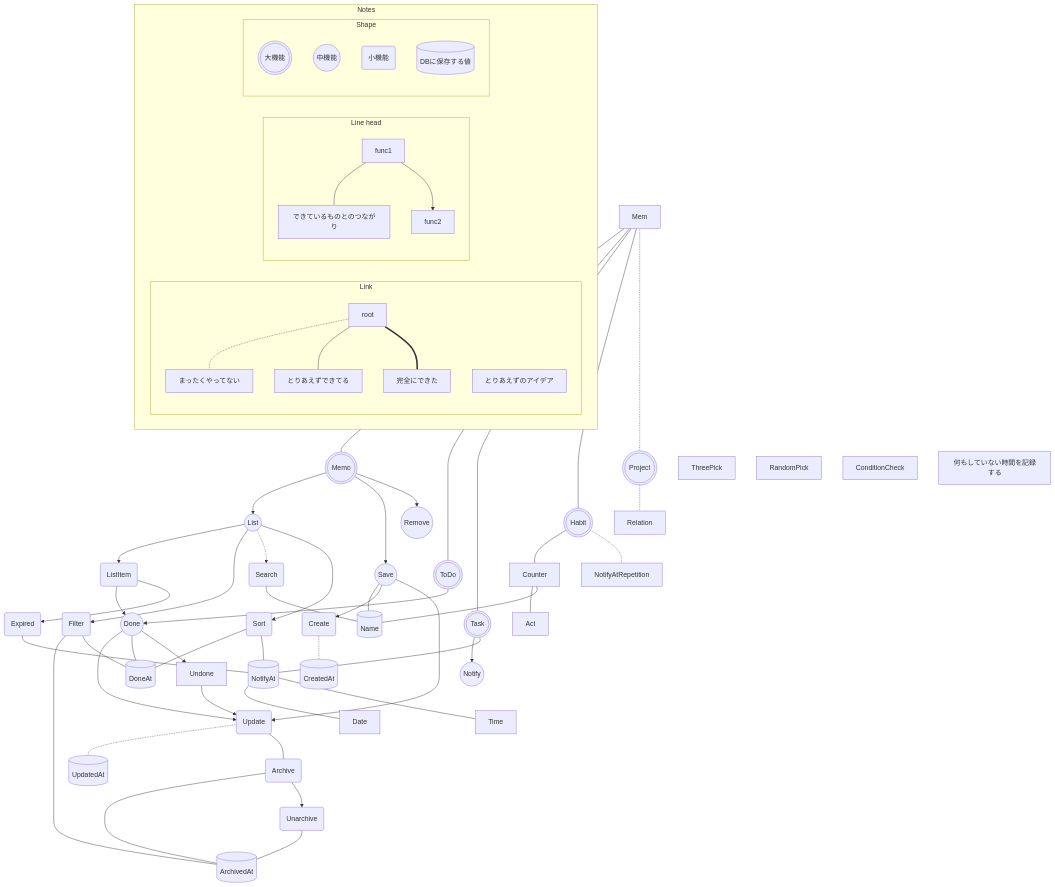
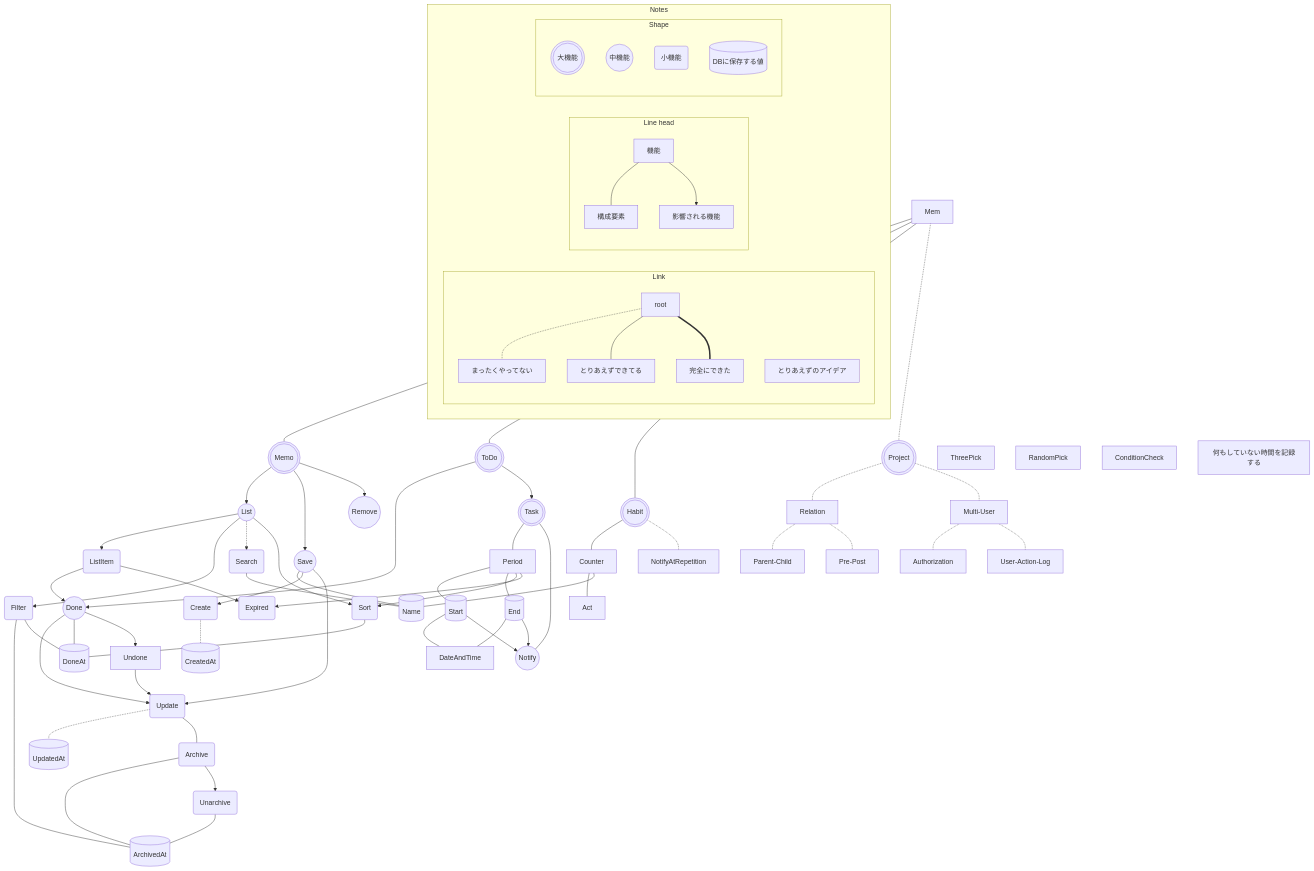
Before and after one commit to zin-/mem: the diagram in docs/load_map.md, drawn with Mermaid. The commit also changed 39 other files, not shown here.

First line of the commit message:
Mem 62 Date time Period picker (#148)

```diff
--- a/docs/load_map.md
+++ b/docs/load_map.md
@@ -35,15 +35,19 @@
     Sort --- DoneAt
     Filter --- DoneAt
 
-    Mem --- Task(((Task)))
+    ToDo --> Task(((Task)))
 
-    Task --> Notify((Notify))
-    Task --- NotifyAt[(NotifyAt)]
-    Sort --- NotifyAt
+    Task --- Period
+    Task --- Notify((Notify))
+    Period --- Start[(Start)]
+    Period --- End_[(End)]
+    Start --- DateAndTime
+    Start --> Notify
+    End_ --- DateAndTime
+    End_ --> Notify
+    Period --> Sort
     ListItem --> Expired(Expired)
-    Expired --- NotifyAt
-    NotifyAt --- Date
-    NotifyAt --- Time
+    Period --> Expired
 
     Mem --- Habit(((Habit)))
 
@@ -55,6 +59,11 @@
     Mem -.- Project(((Project)))
 
     Project -.- Relation
+    Relation -.- Parent-Child
+    Relation -.- Pre-Post
+    Project -.- Multi-User
+    Multi-User -.- Authorization
+    Multi-User -.- User-Action-Log
 
     Mem ~~~ ThreePick
     Mem ~~~ RandomPick
@@ -70,9 +79,8 @@
         end
 
         subgraph Line head
-            func1 --- できているものとのつながり
-            func1 --> func2
-        %% なんかちょっと違和感ある
+            機能 --- 構成要素
+            機能 --> 影響される機能
         end
 
         subgraph Shape
```
